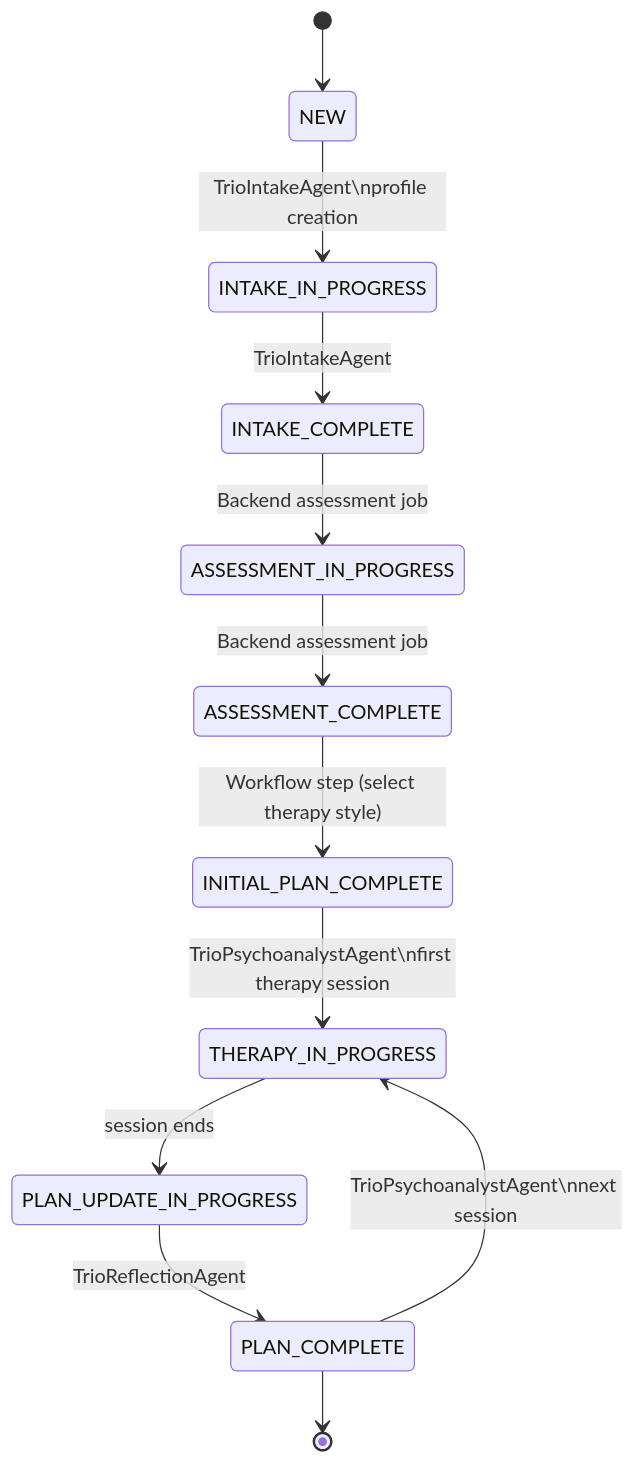
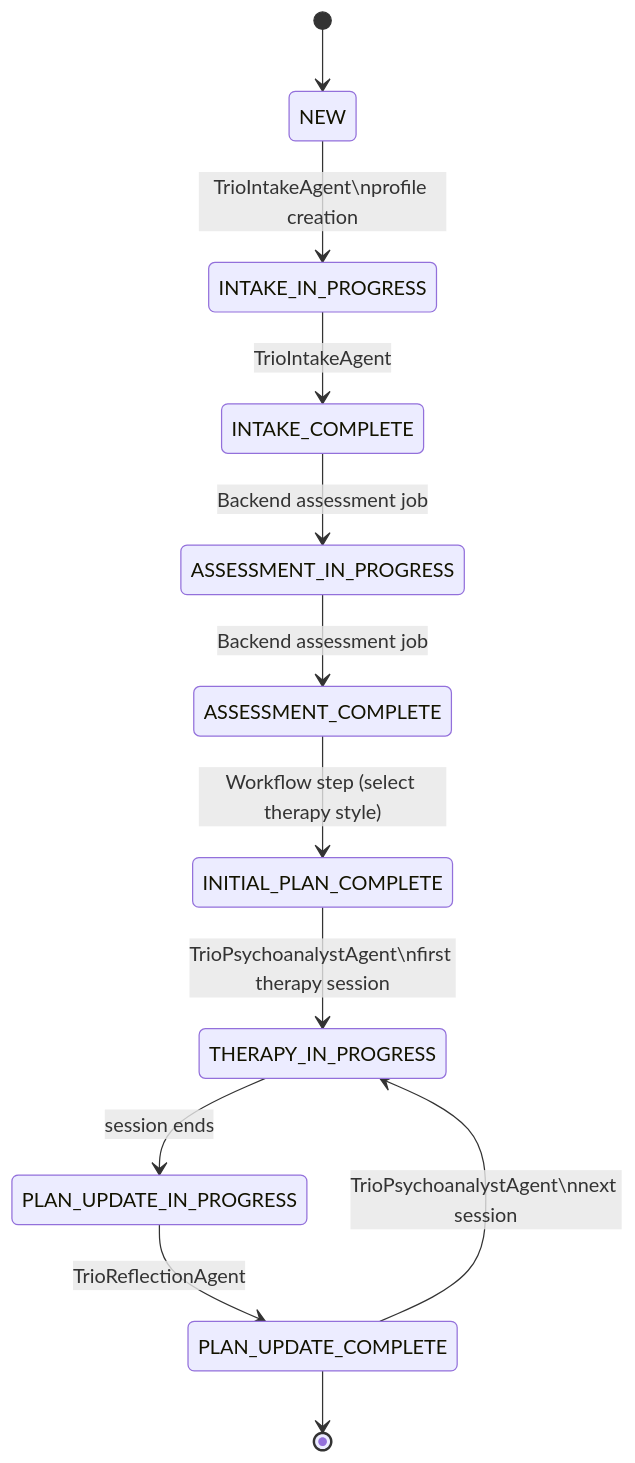
The first of 2 diagrams in docs/user_journey.md (HagbardCel/llm_psychology), drawn with Mermaid before and after one commit. The commit also changed other lines of this file and 30 other files, not shown here.

````diff
--- a/docs/user_journey.md
+++ b/docs/user_journey.md
@@ -15,14 +15,14 @@
 ```mermaid
 stateDiagram-v2
     [*] --> NEW
     NEW --> INTAKE_IN_PROGRESS: TrioIntakeAgent\nprofile creation
     INTAKE_IN_PROGRESS --> INTAKE_COMPLETE: TrioIntakeAgent
     INTAKE_COMPLETE --> ASSESSMENT_IN_PROGRESS: Backend assessment job
     ASSESSMENT_IN_PROGRESS --> ASSESSMENT_COMPLETE: Backend assessment job
     ASSESSMENT_COMPLETE --> INITIAL_PLAN_COMPLETE: Workflow step (select therapy style)
     INITIAL_PLAN_COMPLETE --> THERAPY_IN_PROGRESS: TrioPsychoanalystAgent\nfirst therapy session
     THERAPY_IN_PROGRESS --> PLAN_UPDATE_IN_PROGRESS: session ends
-    PLAN_UPDATE_IN_PROGRESS --> PLAN_COMPLETE: TrioReflectionAgent
-    PLAN_COMPLETE --> THERAPY_IN_PROGRESS: TrioPsychoanalystAgent\nnext session
-    PLAN_COMPLETE --> [*]
+    PLAN_UPDATE_IN_PROGRESS --> PLAN_UPDATE_COMPLETE: TrioReflectionAgent
+    PLAN_UPDATE_COMPLETE --> THERAPY_IN_PROGRESS: TrioPsychoanalystAgent\nnext session
+    PLAN_UPDATE_COMPLETE --> [*]
 ```
````
